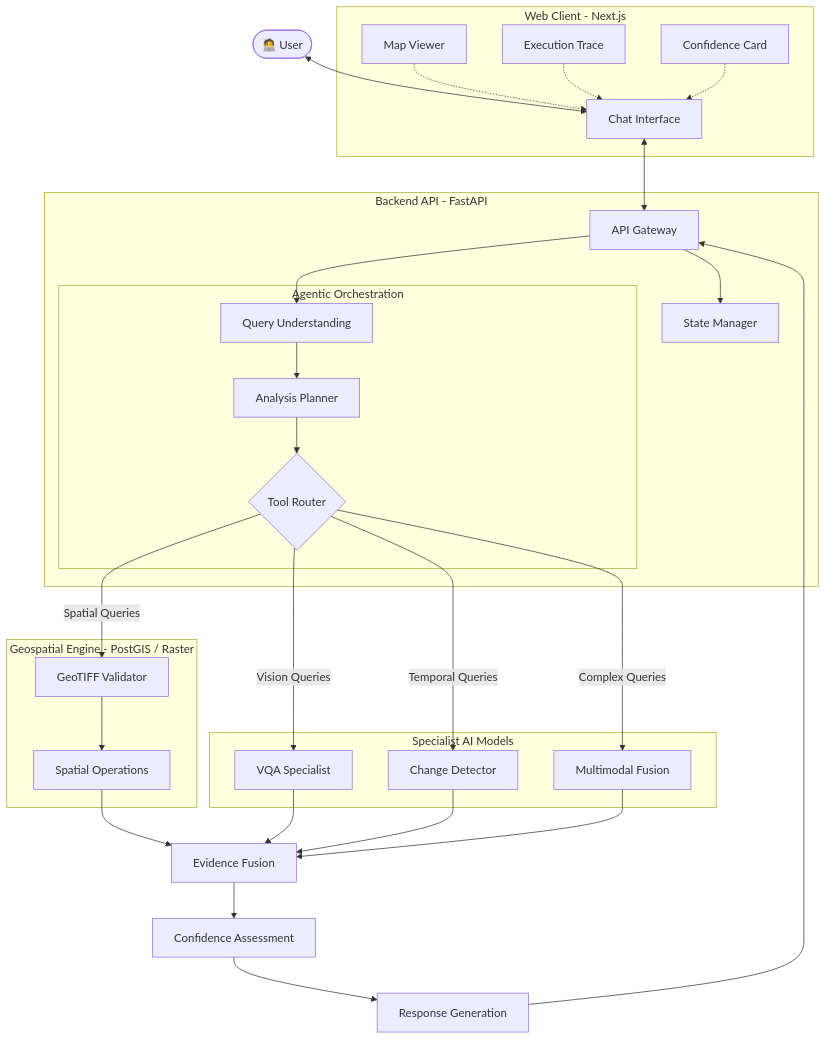
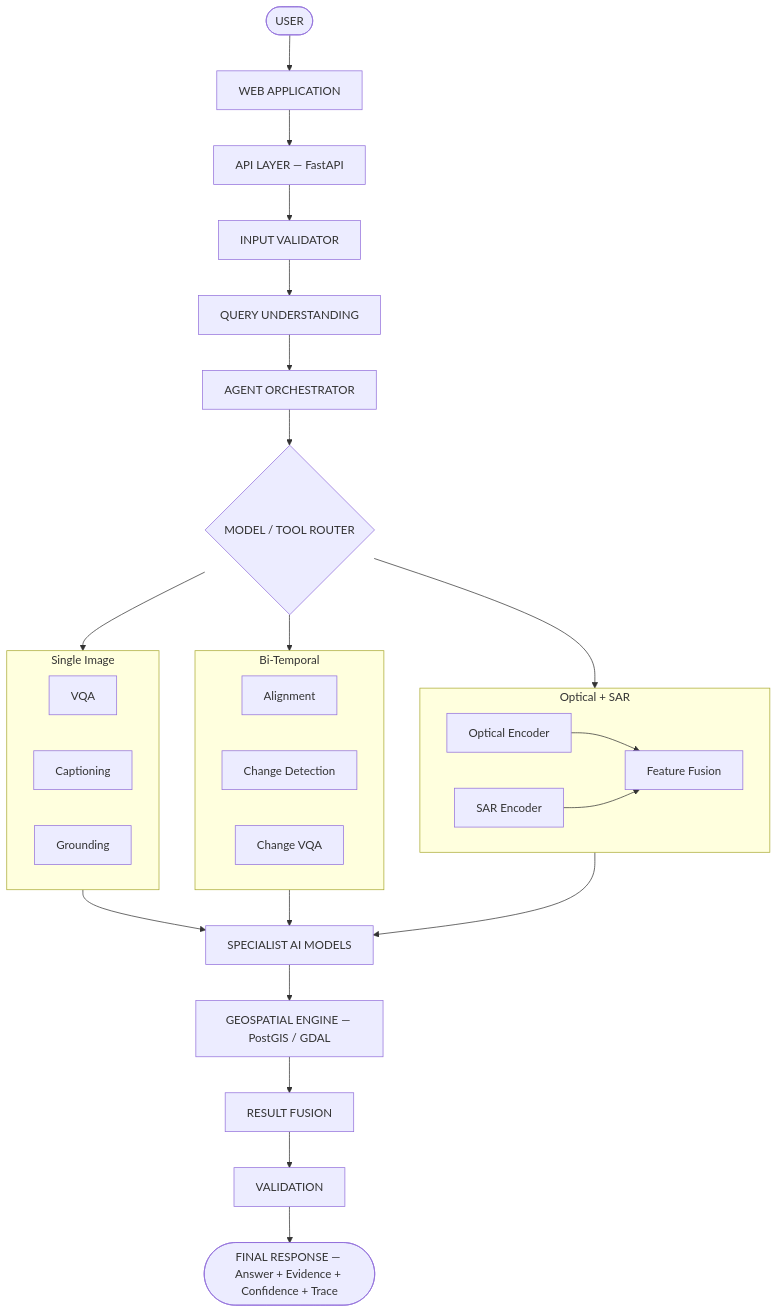
The first of 12 diagrams in README.md (Siddiquiashrafhussain/SatQuery-AI), drawn with Mermaid before and after one commit. The commit also changed other lines of this file, not shown here.

Commit message:
Document project architecture and workflows

````diff
--- a/README.md
+++ b/README.md
@@ -105,66 +146,41 @@
 ```mermaid
 flowchart TD
-    %% Core Users
-    User([🧑‍💻 User])
+    User([USER]) --> WebApp[WEB APPLICATION]
+    WebApp --> API[API LAYER — FastAPI]
+    API --> Validator[INPUT VALIDATOR]
+    Validator --> QU[QUERY UNDERSTANDING]
+    QU --> Orchestrator[AGENT ORCHESTRATOR]
+    Orchestrator --> Router{MODEL / TOOL ROUTER}
 
-    %% Frontend App
-    subgraph Frontend [Web Client - Next.js]
-        UI[Chat Interface]
-        Map[Map Viewer]
-        Trace[Execution Trace]
-        Conf[Confidence Card]
+    Router --> Single
+    Router --> BiTemp
+    Router --> OptSAR
+
+    subgraph Single [Single Image]
+        S_VQA[VQA]
+        S_Cap[Captioning]
+        S_Gnd[Grounding]
     end
 
-    %% Backend Services
-    subgraph Backend [Backend API - FastAPI]
-        Router[API Gateway]
-        State[State Manager]
-        
-        subgraph AgenticCore [Agentic Orchestration]
-            QU[Query Understanding]
-            Plan[Analysis Planner]
-            ToolSelect{Tool Router}
-        end
+    subgraph BiTemp [Bi-Temporal]
+        B_Align[Alignment]
+        B_CD[Change Detection]
+        B_CVQA[Change VQA]
     end
 
-    %% GIS Engine
-    subgraph GISEngine [Geospatial Engine - PostGIS / Raster]
-        Val[GeoTIFF Validator]
-        Spatial[Spatial Operations]
+    subgraph OptSAR [Optical + SAR]
+        OS_Opt[Optical Encoder]
+        OS_SAR[SAR Encoder]
+        OS_Opt --> OS_Fuse[Feature Fusion]
+        OS_SAR --> OS_Fuse
     end
 
-    %% AI Models
-    subgraph ML [Specialist AI Models]
-        VQA[VQA Specialist]
-        Change[Change Detector]
-        Fusion[Multimodal Fusion]
-    end
+    Single --> ML[SPECIALIST AI MODELS]
+    BiTemp --> ML
+    OptSAR --> ML
 
-    %% Relationships
-    User <--> UI
-    UI <--> Router
-    Map -.-> UI
-    Trace -.-> UI
-    Conf -.-> UI
-    
-    Router --> State
-    Router --> QU
-    QU --> Plan
-    Plan --> ToolSelect
-    
-    ToolSelect -- "Spatial Queries" --> Val
-    Val --> Spatial
-    
-    ToolSelect -- "Vision Queries" --> VQA
-    ToolSelect -- "Temporal Queries" --> Change
-    ToolSelect -- "Complex Queries" --> Fusion
-    
-    Spatial --> EvidenceFusion[Evidence Fusion]
-    VQA --> EvidenceFusion
-    Change --> EvidenceFusion
-    Fusion --> EvidenceFusion
-    
-    EvidenceFusion --> Assess[Confidence Assessment]
-    Assess --> Format[Response Generation]
-    Format --> Router
+    ML --> GIS[GEOSPATIAL ENGINE — PostGIS / GDAL]
+    GIS --> ResFusion[RESULT FUSION]
+    ResFusion --> Validation[VALIDATION]
+    Validation --> Final([FINAL RESPONSE — Answer + Evidence + Confidence + Trace])
 ```
````
